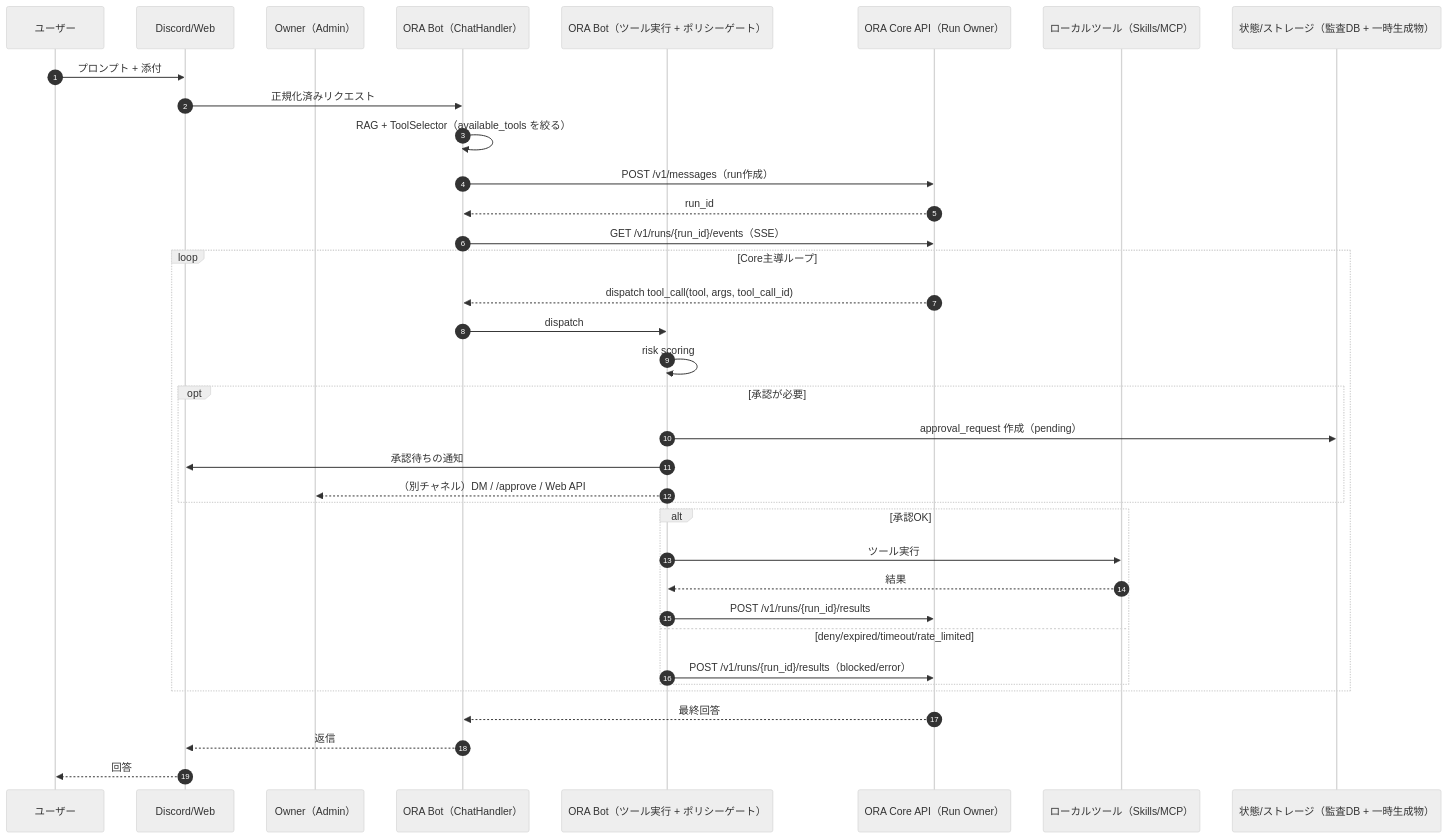
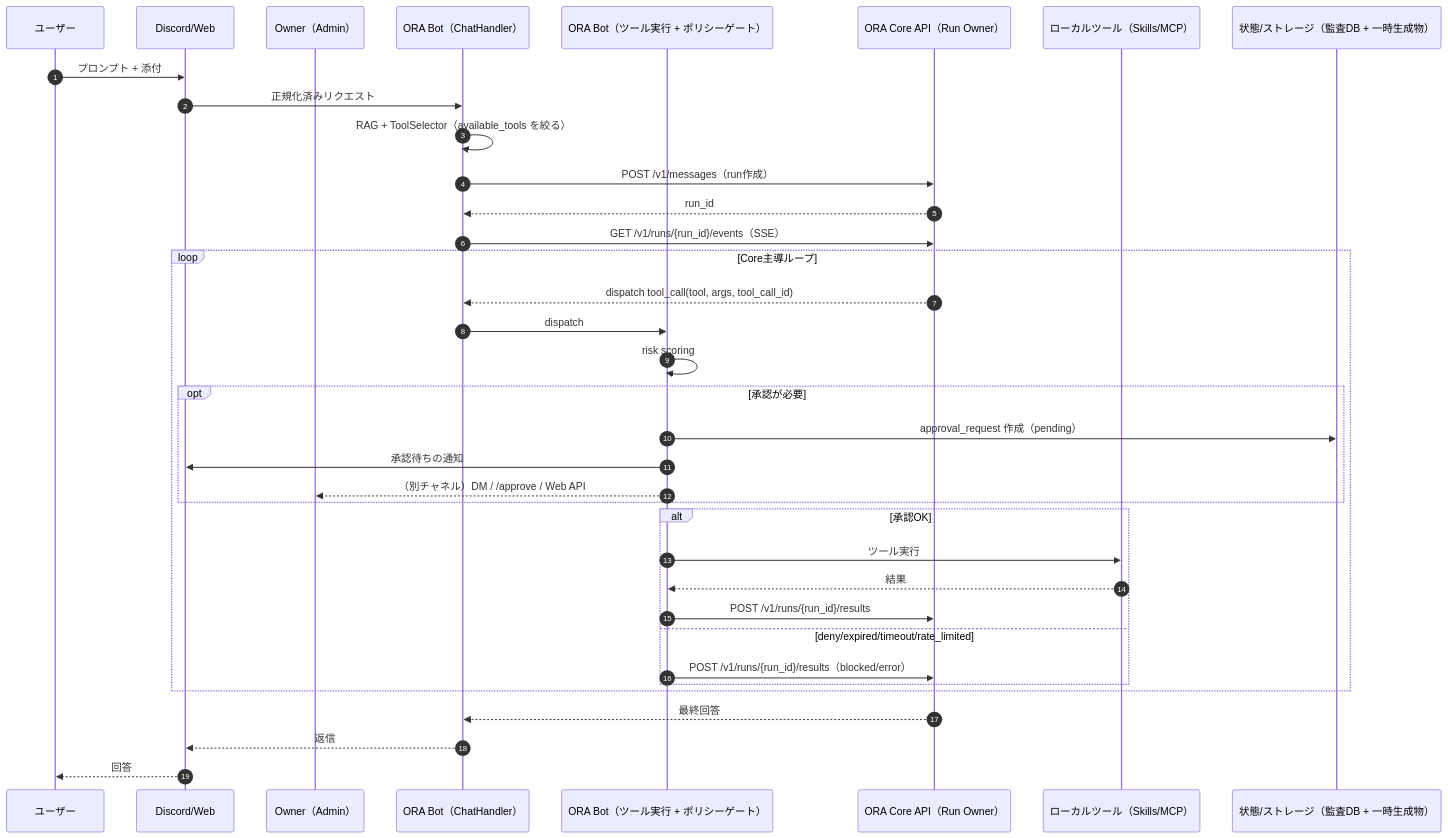
Before and after one commit to YoneRai12/YonerAI: the diagram in README_JP.md, drawn with Mermaid. The commit also changed other lines of this file and 7 other files, not shown here.

Commit message:
docs+relay: fix README mermaid init; add cloudflared expose mode

````diff
--- a/README_JP.md
+++ b/README_JP.md
@@ -194,42 +192,41 @@
 ```mermaid
-%%{init: {"theme":"neutral"}}%%
 sequenceDiagram
     autonumber
     participant U as ユーザー
     participant P as Discord/Web
     participant O as Owner（Admin）
     participant CH as ORA Bot（ChatHandler）
     participant EX as ORA Bot（ツール実行 + ポリシーゲート）
     participant CORE as ORA Core API（Run Owner）
     participant LT as ローカルツール（Skills/MCP）
     participant ST as 状態/ストレージ（監査DB + 一時生成物）
 
     U->>P: プロンプト + 添付
     P->>CH: 正規化済みリクエスト
     CH->>CH: RAG + ToolSelector（available_tools を絞る）
     CH->>CORE: POST /v1/messages（run作成）
     CORE-->>CH: run_id
     CH->>CORE: GET /v1/runs/{run_id}/events（SSE）
 
     loop Core主導ループ
         CORE-->>CH: dispatch tool_call(tool, args, tool_call_id)
         CH->>EX: dispatch
         EX->>EX: risk scoring
         opt 承認が必要
             EX->>ST: approval_request 作成（pending）
             EX->>P: 承認待ちの通知
             EX-->>O: （別チャネル）DM / /approve / Web API
         end
         alt 承認OK
             EX->>LT: ツール実行
             LT-->>EX: 結果
             EX->>CORE: POST /v1/runs/{run_id}/results
         else deny/expired/timeout/rate_limited
             EX->>CORE: POST /v1/runs/{run_id}/results（blocked/error）
         end
     end
 
     CORE-->>CH: 最終回答
     CH-->>P: 返信
     P-->>U: 回答
 ```
````
